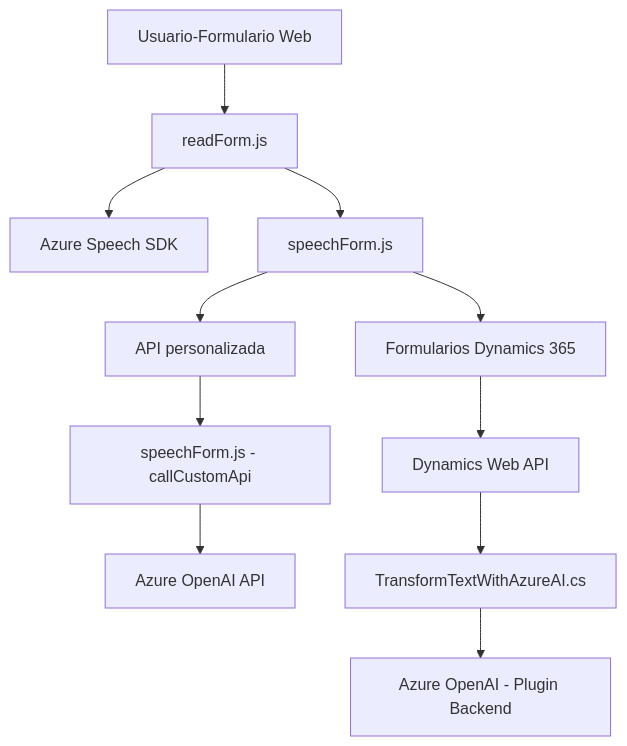
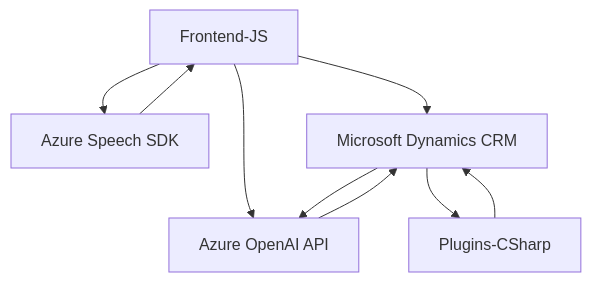
One commit to blopezdm/NETCORE_BILBAO2025 changed the diagram in README.md. Above: the diagram before and after it, drawn with Mermaid. The commit also changed other lines of this file, not shown here.

````diff
--- a/README.md
+++ b/README.md
@@ -47,16 +49,17 @@
 ```mermaid
 graph TD
-    A["Usuario-Formulario Web"] --> B["readForm.js"]
-    B --> C["Azure Speech SDK"]
-    B --> D["speechForm.js"]
-    
-    D --> E["Formularios Dynamics 365"]
-    E --> F["Dynamics Web API"]
-    D --> G["API personalizada"]
-    
-    G --> H["speechForm.js - callCustomApi"]
-    H --> I["Azure OpenAI API"]
-    
-    F --> J["TransformTextWithAzureAI.cs"]
-    J --> K["Azure OpenAI - Plugin Backend"]
+    A["Frontend-JS"]
+    B["Azure Speech SDK"]
+    C["Azure OpenAI API"]
+    D["Microsoft Dynamics CRM"]
+    E["Plugins-CSharp"]
+
+    A --> B
+    A --> D
+    B --> A
+    A --> C
+    D --> C
+    C --> D
+    E --> D
+    D --> E
 ```
````
